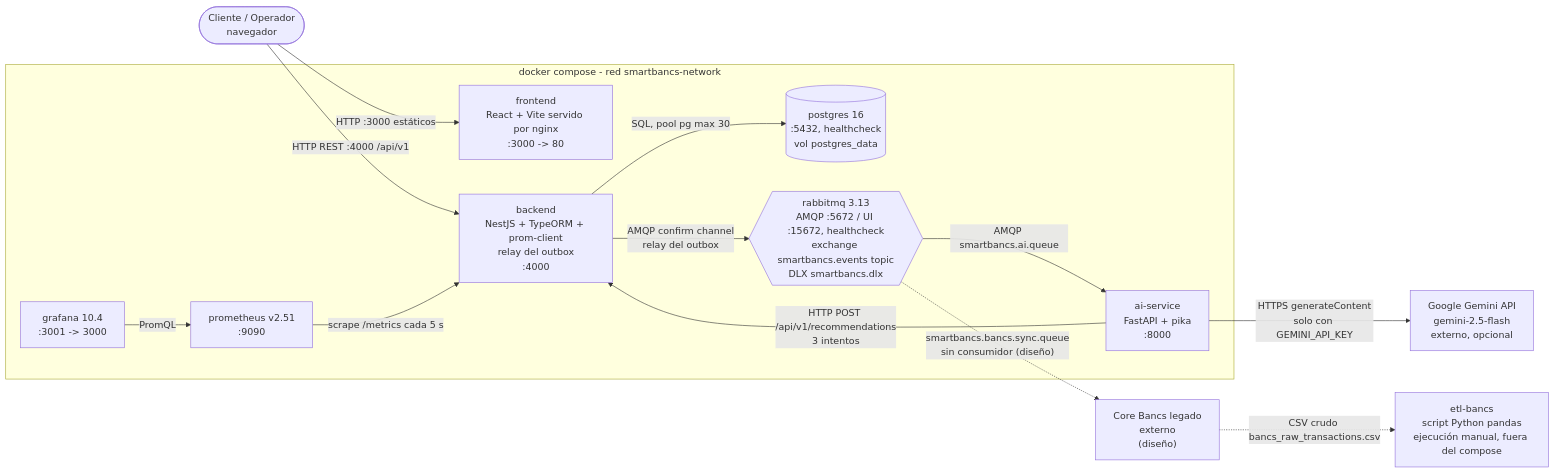
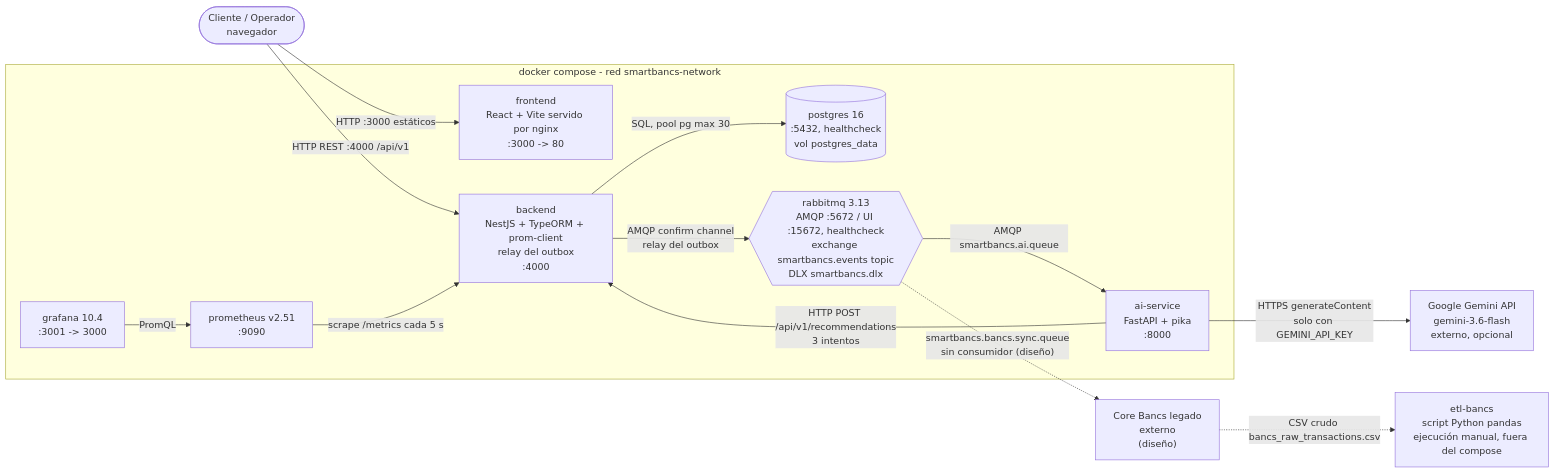
Before and after one commit to kjramos5310/NextGEN_Ramos: the first of 8 diagrams in docs/ARQUITECTURA_DIAGRAMAS.md, drawn with Mermaid. The commit also changed other lines of this file and 10 other files, not shown here.

First line of the commit message:
fix(ai): gemini-3.6-flash y motor de reglas que solo afirma datos reales

````diff
--- a/docs/ARQUITECTURA_DIAGRAMAS.md
+++ b/docs/ARQUITECTURA_DIAGRAMAS.md
@@ -13,30 +13,30 @@
 ```mermaid
 flowchart LR
     user(["Cliente / Operador<br/>navegador"])
 
     subgraph compose["docker compose - red smartbancs-network"]
         fe["frontend<br/>React + Vite servido por nginx<br/>:3000 -> 80"]
         be["backend<br/>NestJS + TypeORM + prom-client<br/>relay del outbox<br/>:4000"]
         pg[("postgres 16<br/>:5432, healthcheck<br/>vol postgres_data")]
         mq{{"rabbitmq 3.13<br/>AMQP :5672 / UI :15672, healthcheck<br/>exchange smartbancs.events topic<br/>DLX smartbancs.dlx"}}
         ai["ai-service<br/>FastAPI + pika<br/>:8000"]
         prom["prometheus v2.51<br/>:9090"]
         graf["grafana 10.4<br/>:3001 -> 3000"]
     end
 
     etl["etl-bancs<br/>script Python pandas<br/>ejecución manual, fuera del compose"]
-    gem["Google Gemini API<br/>gemini-2.5-flash<br/>externo, opcional"]
+    gem["Google Gemini API<br/>gemini-3.6-flash<br/>externo, opcional"]
     bancs["Core Bancs legado<br/>externo<br/>(diseño)"]
 
     user -->|"HTTP :3000 estáticos"| fe
     user -->|"HTTP REST :4000 /api/v1"| be
     be -->|"SQL, pool pg max 30"| pg
     be -->|"AMQP confirm channel<br/>relay del outbox"| mq
     mq -->|"AMQP smartbancs.ai.queue"| ai
     ai -->|"HTTP POST /api/v1/recommendations<br/>3 intentos"| be
     ai -->|"HTTPS generateContent<br/>solo con GEMINI_API_KEY"| gem
     prom -->|"scrape /metrics cada 5 s"| be
     graf -->|"PromQL"| prom
     mq -.->|"smartbancs.bancs.sync.queue<br/>sin consumidor (diseño)"| bancs
     bancs -.->|"CSV crudo bancs_raw_transactions.csv"| etl
 ```
````
